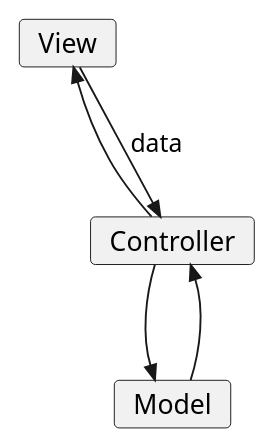
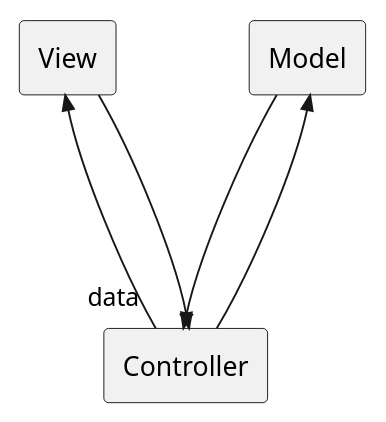
One commit to JunilHwang/TIL changed the third of 4 diagrams in CodeSpitz/Object-Oriented-Javascript/MVVM/README.md. Above: the diagram before and after it, drawn with PlantUML. The commit also changed other lines of this file and 1 other file, not shown here.

```diff
--- a/CodeSpitz/Object-Oriented-Javascript/MVVM/README.md
+++ b/CodeSpitz/Object-Oriented-Javascript/MVVM/README.md
@@ -59,11 +59,11 @@
 @startuml
-card View
-card Model
-card Controller
+rectangle View
+rectangle Model
+rectangle Controller
 
-View -[hidden] Model
-Controller -->> Model
-Controller <<-- Model
-View <<-- Controller
-View -->> Controller : data
+View --[hidden]right-- Model : "          "
+Model --->> Controller 
+Model <<--- Controller 
+View <<--- "data" Controller
+View --->> Controller
 @enduml
```
